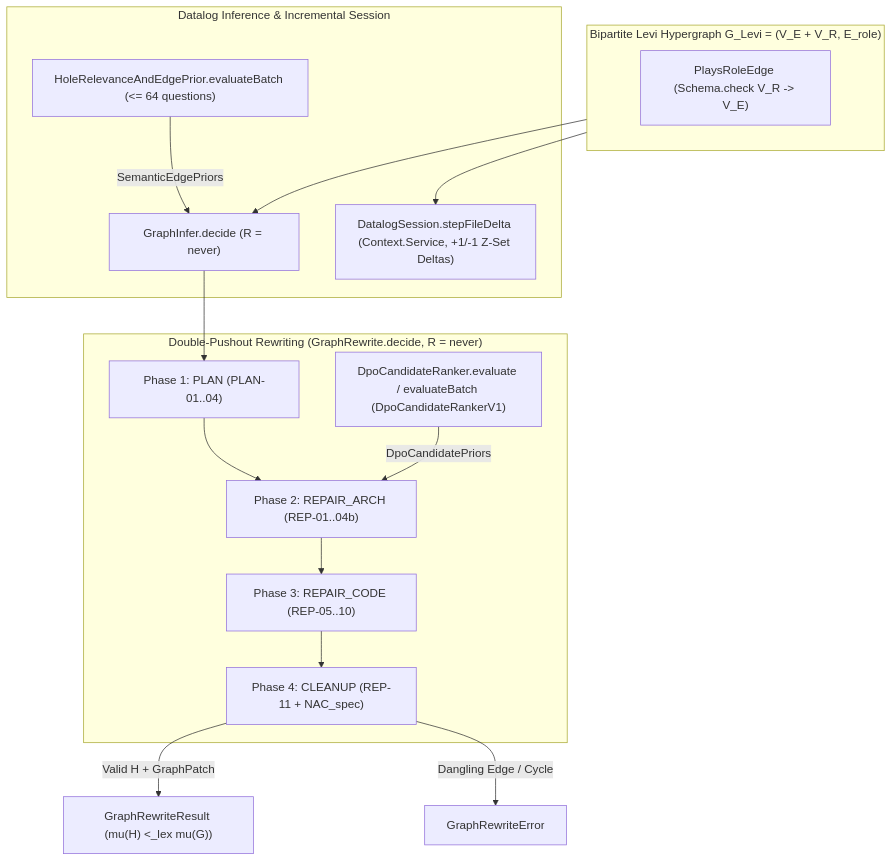
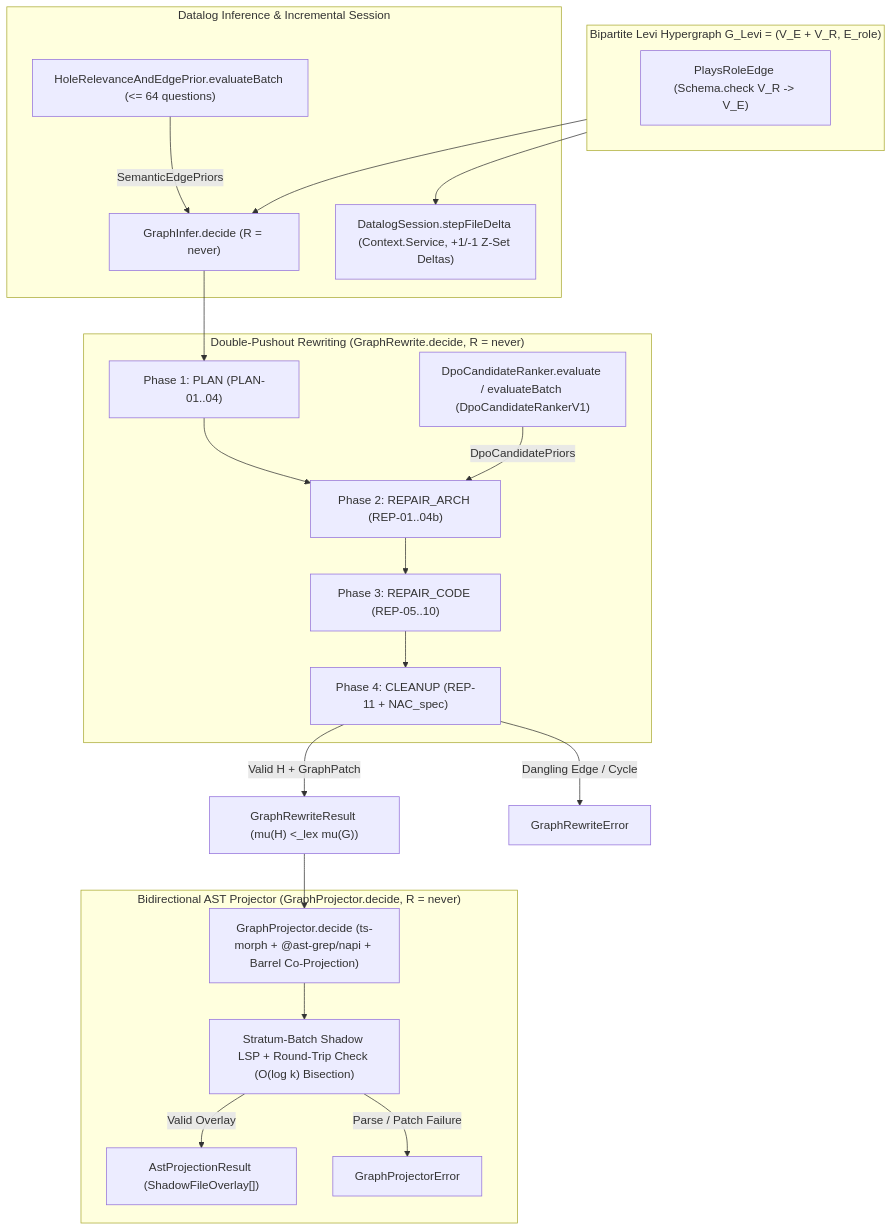
Before and after one commit to selmeci/effect-ts-harness: the diagram in libs/harness/docs/specs/2026-11-09-dpo-graph-rewriting-and-datalog-session.md, drawn with Mermaid. The commit also changed other lines of this file and 20 other files, not shown here.

First line of the commit message:
feat(graph,gates,mcp,cli): Milestone 4 bidirectional AST projection, shadow LSP overlays & gate consolidation (RFC-0004 / harness:SPEC-0008) (#22)

````diff
--- a/libs/harness/docs/specs/2026-11-09-dpo-graph-rewriting-and-datalog-session.md
+++ b/libs/harness/docs/specs/2026-11-09-dpo-graph-rewriting-and-datalog-session.md
@@ -105,27 +123,36 @@
 ```mermaid
 flowchart TD
     subgraph LeviHypergraph["Bipartite Levi Hypergraph G_Levi = (V_E + V_R, E_role)"]
         PlaysRole["PlaysRoleEdge (Schema.check V_R -> V_E)"]
     end
 
     subgraph DatalogEngine["Datalog Inference & Incremental Session"]
         GraphInfer["GraphInfer.decide (R = never)"]
         Session["DatalogSession.stepFileDelta (Context.Service, +1/-1 Z-Set Deltas)"]
         HoleBatch["HoleRelevanceAndEdgePrior.evaluateBatch (<= 64 questions)"]
         HoleBatch -->|SemanticEdgePriors| GraphInfer
     end
 
     subgraph DpoEngine["Double-Pushout Rewriting (GraphRewrite.decide, R = never)"]
         Phase1["Phase 1: PLAN (PLAN-01..04)"] --> Phase2["Phase 2: REPAIR_ARCH (REP-01..04b)"]
         Phase2 --> Phase3["Phase 3: REPAIR_CODE (REP-05..10)"]
         Phase3 --> Phase4["Phase 4: CLEANUP (REP-11 + NAC_spec)"]
         DpoRanker["DpoCandidateRanker.evaluate / evaluateBatch (DpoCandidateRankerV1)"]
         DpoRanker -->|DpoCandidatePriors| Phase2
     end
 
+    subgraph AstProjector["Bidirectional AST Projector (GraphProjector.decide, R = never)"]
+        Projector["GraphProjector.decide (ts-morph + @ast-grep/napi + Barrel Co-Projection)"]
+        ShadowLsp["Stratum-Batch Shadow LSP + Round-Trip Check (O(log k) Bisection)"]
+        Projector --> ShadowLsp
+        ShadowLsp -->|Valid Overlay| ProjOut["AstProjectionResult (ShadowFileOverlay[])"]
+        ShadowLsp -->|Parse / Patch Failure| ProjErr["GraphProjectorError"]
+    end
+
     LeviHypergraph --> GraphInfer
     LeviHypergraph --> Session
     GraphInfer --> Phase1
     Phase4 -->|Valid H + GraphPatch| RewriteOut["GraphRewriteResult (mu(H) <_lex mu(G))"]
     Phase4 -->|Dangling Edge / Cycle| RewriteErr["GraphRewriteError"]
+    RewriteOut --> Projector
 ```
````
